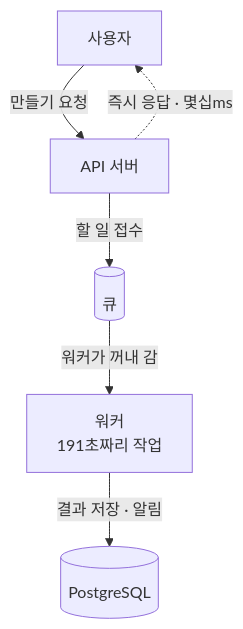
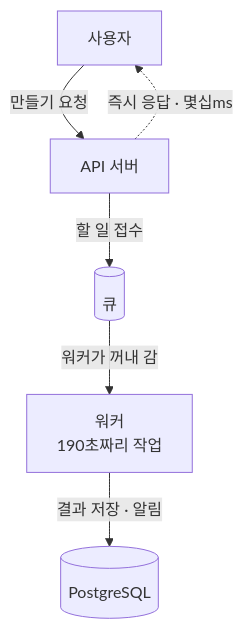
The first of 10 diagrams in src/content/post/blog/transactional-outbox.mdx (dydals3440/YOLOG), drawn with Mermaid before and after one commit. The commit also changed other lines of this file, not shown here.

````diff
--- a/src/content/post/blog/transactional-outbox.mdx
+++ b/src/content/post/blog/transactional-outbox.mdx
@@ -70,8 +46,8 @@
 ```mermaid
 flowchart TD
     U["사용자"] -->|"만들기 요청"| A["API 서버"]
     A -.->|"즉시 응답 · 몇십ms"| U
     A -->|"할 일 접수"| Q[("큐")]
-    Q -->|"워커가 꺼내 감"| W["워커<br/>191초짜리 작업"]
+    Q -->|"워커가 꺼내 감"| W["워커<br/>190초짜리 작업"]
     W -->|"결과 저장 · 알림"| DB[("PostgreSQL")]
 ```
````
